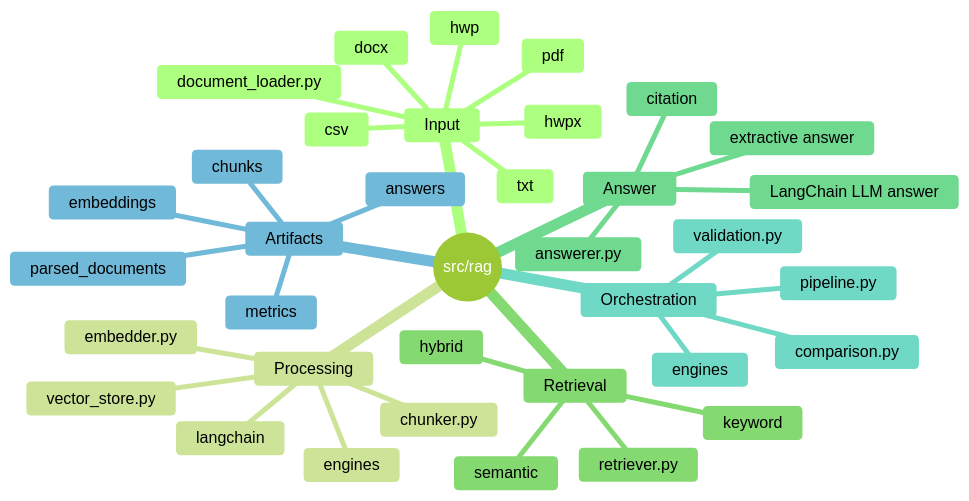
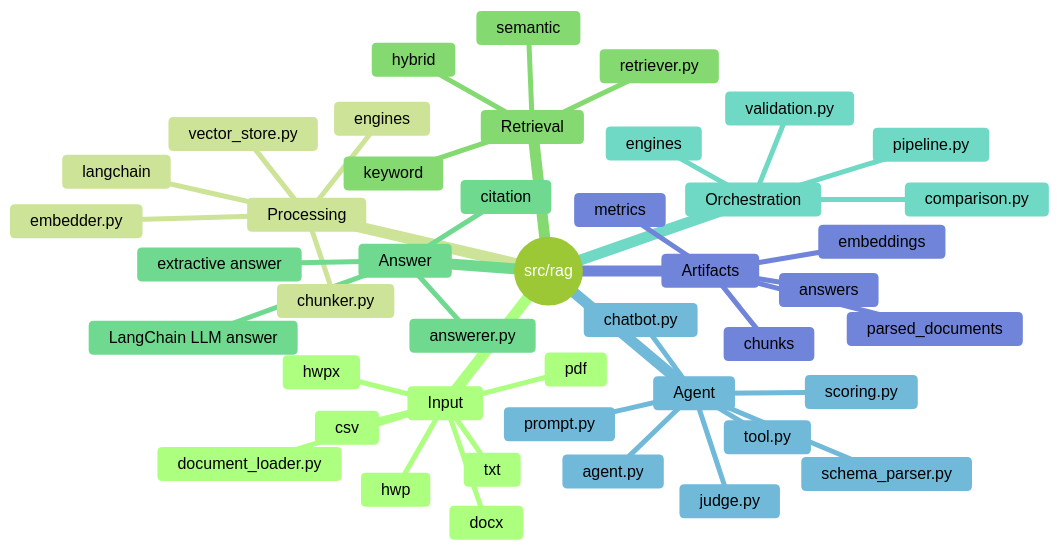
The diagram in src/rag/README.md (Codeit-Part3-6Team/Codeit-Part3-6Team-Project), drawn with Mermaid (forest theme) before and after one commit. The commit also changed other lines of this file and 19 other files, not shown here.

Commit message:
docs: 20개 문서 Agent/Chatbot 반영 — 경로 수정, 신규 모듈 추가, 산출물 갱신

````diff
--- a/src/rag/README.md
+++ b/src/rag/README.md
@@ -8,39 +8,47 @@
 ```mermaid
 mindmap
   root((src/rag))
     Input
       document_loader.py
       txt
       pdf
       docx
       hwpx
       hwp
       csv
     Processing
       engines
       langchain
       chunker.py
       embedder.py
       vector_store.py
     Retrieval
       retriever.py
       keyword
       semantic
       hybrid
     Answer
       answerer.py
       citation
       extractive answer
       LangChain LLM answer
     Orchestration
       engines
       pipeline.py
       validation.py
       comparison.py
+    Agent
+      agent.py
+      chatbot.py
+      tool.py
+      prompt.py
+      schema_parser.py
+      scoring.py
+      judge.py
     Artifacts
       parsed_documents
       chunks
       embeddings
       answers
       metrics
 ```
````
